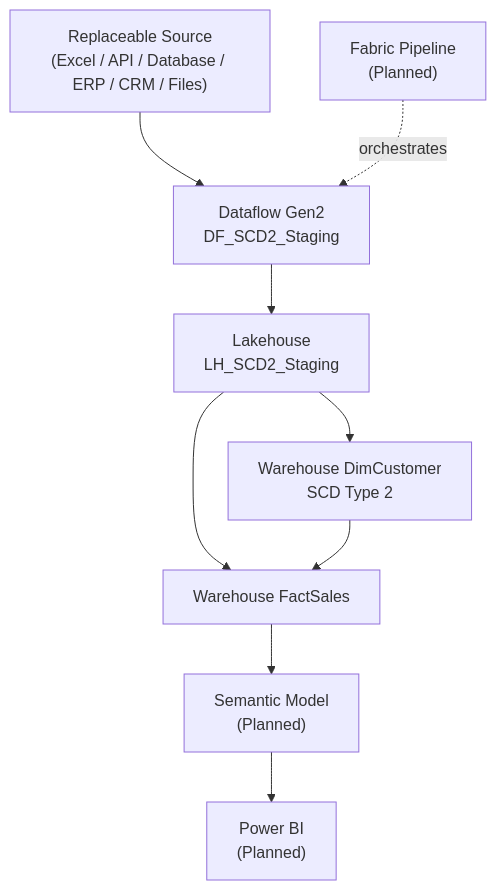
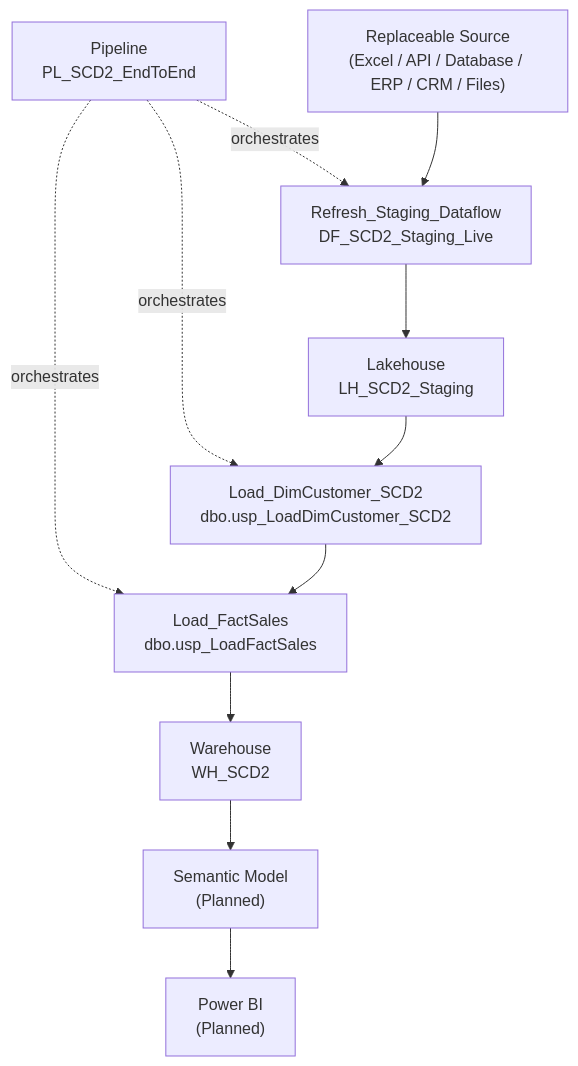
Before and after one commit to DJ8052/fabric-scd2-customer-history: the diagram in README.md, drawn with Mermaid. The commit also changed other lines of this file and 9 other files, not shown here.

Commit message:
feat: implement end-to-end Fabric pipeline orchestration

````diff
--- a/README.md
+++ b/README.md
@@ -119,20 +132,23 @@
 ```mermaid
 flowchart TD
     OperationalSource["Replaceable Source<br/>(Excel / API / Database / ERP / CRM / Files)"]
-    DF["Dataflow Gen2<br/>DF_SCD2_Staging"]
+    PIPE["Pipeline<br/>PL_SCD2_EndToEnd"]
+    DF["Refresh_Staging_Dataflow<br/>DF_SCD2_Staging_Live"]
     LH["Lakehouse<br/>LH_SCD2_Staging"]
-    DIM["Warehouse DimCustomer<br/>SCD Type 2"]
-    FACT["Warehouse FactSales"]
-    PIPE["Fabric Pipeline<br/>(Planned)"]
+    DIM["Load_DimCustomer_SCD2<br/>dbo.usp_LoadDimCustomer_SCD2"]
+    FACT["Load_FactSales<br/>dbo.usp_LoadFactSales"]
+    WH["Warehouse<br/>WH_SCD2"]
     SEM["Semantic Model<br/>(Planned)"]
     PBI["Power BI<br/>(Planned)"]
 
+    PIPE -. orchestrates .-> DF
+    PIPE -. orchestrates .-> DIM
+    PIPE -. orchestrates .-> FACT
     OperationalSource --> DF
     DF --> LH
     LH --> DIM
-    LH --> FACT
     DIM --> FACT
-    PIPE -. orchestrates .-> DF
-    FACT --> SEM
+    FACT --> WH
+    WH --> SEM
     SEM --> PBI
 ```
````
